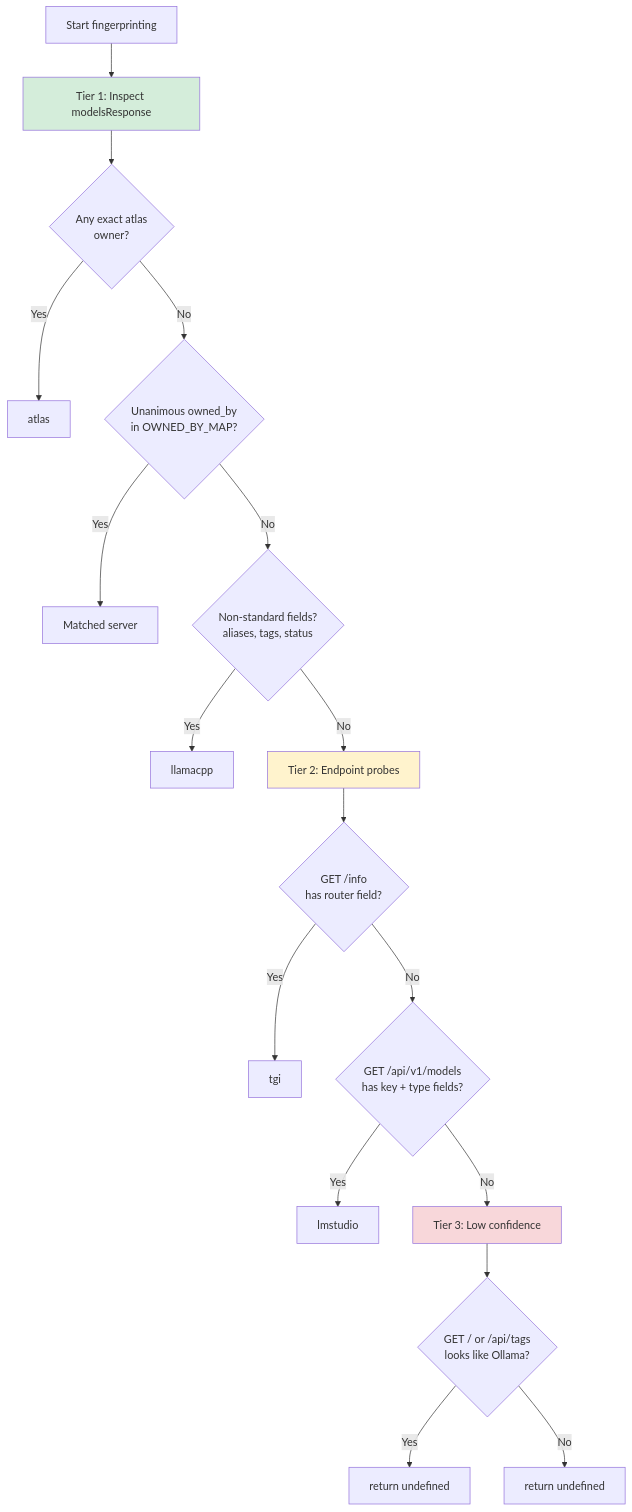
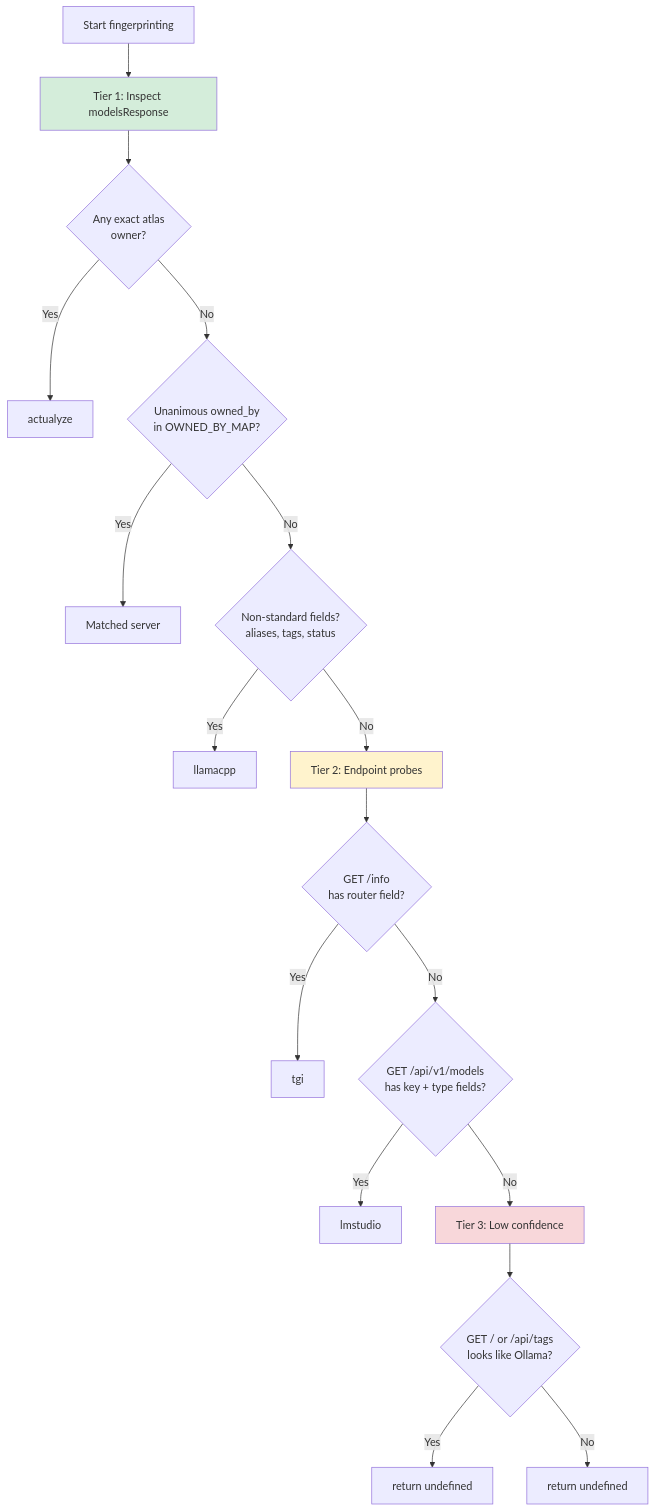
One commit to actualyze-ai/opencode-actualyze changed the fourth of 5 diagrams in CONTRIBUTING.md. Above: the diagram before and after it, drawn with Mermaid. The commit also changed other lines of this file and 3 other files, not shown here.

````diff
--- a/CONTRIBUTING.md
+++ b/CONTRIBUTING.md
@@ -193,23 +193,23 @@
 ```mermaid
 flowchart TD
     A["Start fingerprinting"] --> B["Tier 1: Inspect modelsResponse"]
     B --> BA{"Any exact atlas<br/>owner?"}
-    BA -->|Yes| RA["atlas"]
+    BA -->|Yes| RA["actualyze"]
     BA -->|No| B1{"Unanimous owned_by<br/>in OWNED_BY_MAP?"}
     B1 -->|Yes| R2["Matched server"]
     B1 -->|No| B2{"Non-standard fields?<br/>aliases, tags, status"}
     B2 -->|Yes| R1["llamacpp"]
     B2 -->|No| C["Tier 2: Endpoint probes"]
     C --> C1{"GET /info<br/>has router field?"}
     C1 -->|Yes| R3["tgi"]
     C1 -->|No| C2{"GET /api/v1/models<br/>has key + type fields?"}
     C2 -->|Yes| R4["lmstudio"]
     C2 -->|No| D["Tier 3: Low confidence"]
     D --> D1{"GET / or /api/tags<br/>looks like Ollama?"}
     D1 -->|Yes| R5["return undefined"]
     D1 -->|No| R6["return undefined"]
 
     style B fill:#d4edda
     style C fill:#fff3cd
     style D fill:#f8d7da
 ```
````
